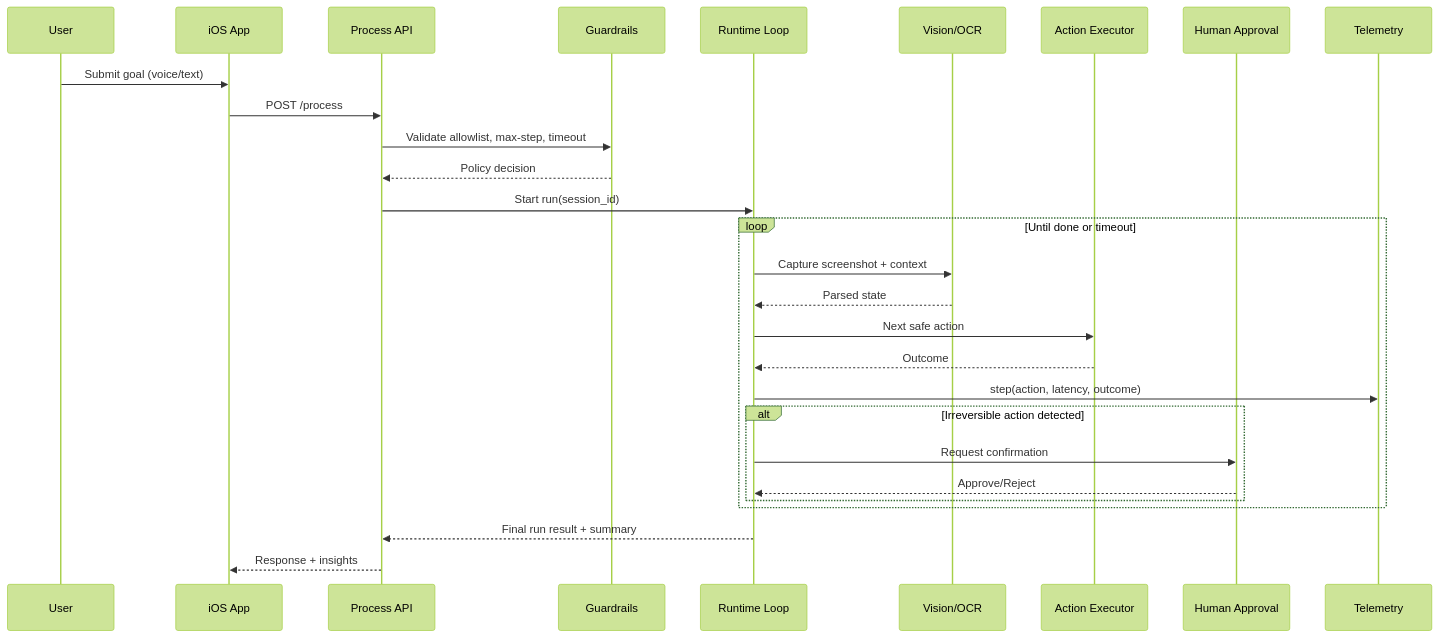
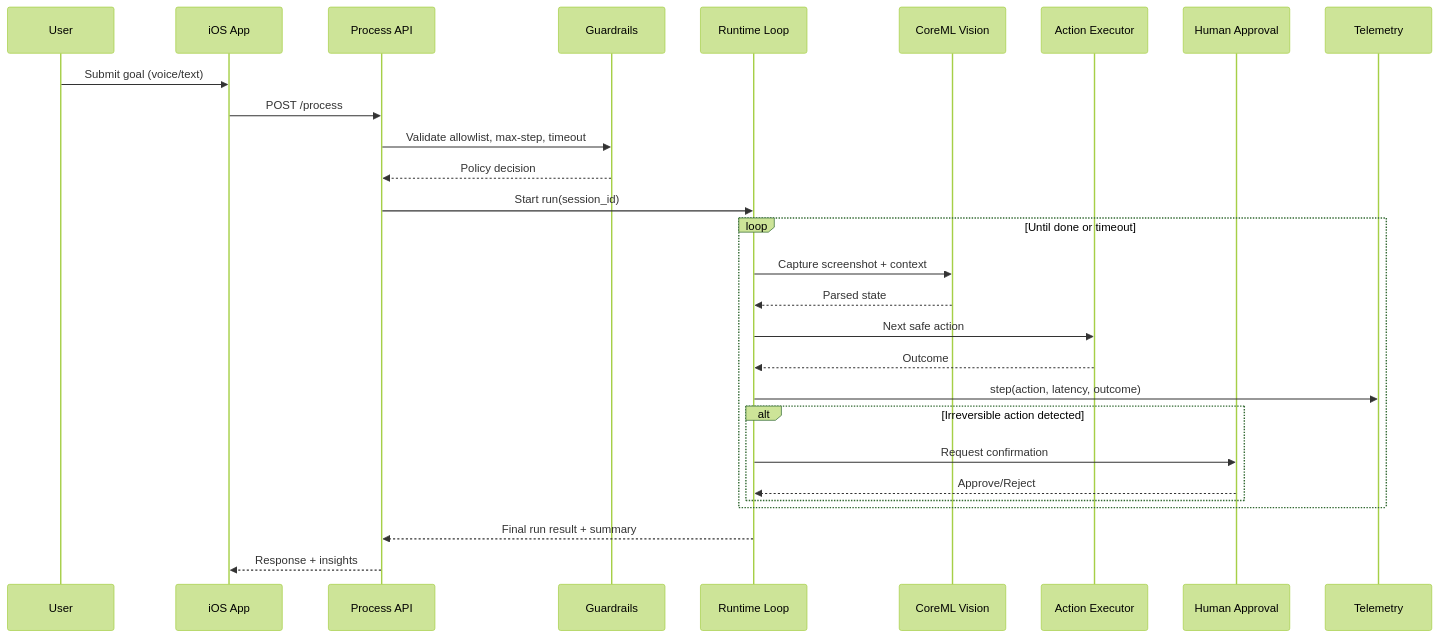
Before and after one commit to erinjerri/TimeBite: the fourth of 4 diagrams in README.md, drawn with Mermaid (forest theme). The commit also changed other lines of this file and 8 other files, not shown here.

````diff
--- a/README.md
+++ b/README.md
@@ -109,31 +125,31 @@
 ```mermaid
 sequenceDiagram
     participant U as User
     participant App as iOS App
     participant API as Process API
     participant Policy as Guardrails
     participant Agent as Runtime Loop
-    participant Vision as Vision/OCR
+    participant Vision as CoreML Vision
     participant Exec as Action Executor
     participant Approve as Human Approval
     participant Log as Telemetry
 
     U->>App: Submit goal (voice/text)
     App->>API: POST /process
     API->>Policy: Validate allowlist, max-step, timeout
     Policy-->>API: Policy decision
     API->>Agent: Start run(session_id)
     loop Until done or timeout
         Agent->>Vision: Capture screenshot + context
         Vision-->>Agent: Parsed state
         Agent->>Exec: Next safe action
         Exec-->>Agent: Outcome
         Agent->>Log: step(action, latency, outcome)
         alt Irreversible action detected
             Agent->>Approve: Request confirmation
             Approve-->>Agent: Approve/Reject
         end
     end
     Agent-->>API: Final run result + summary
     API-->>App: Response + insights
 ```
````
